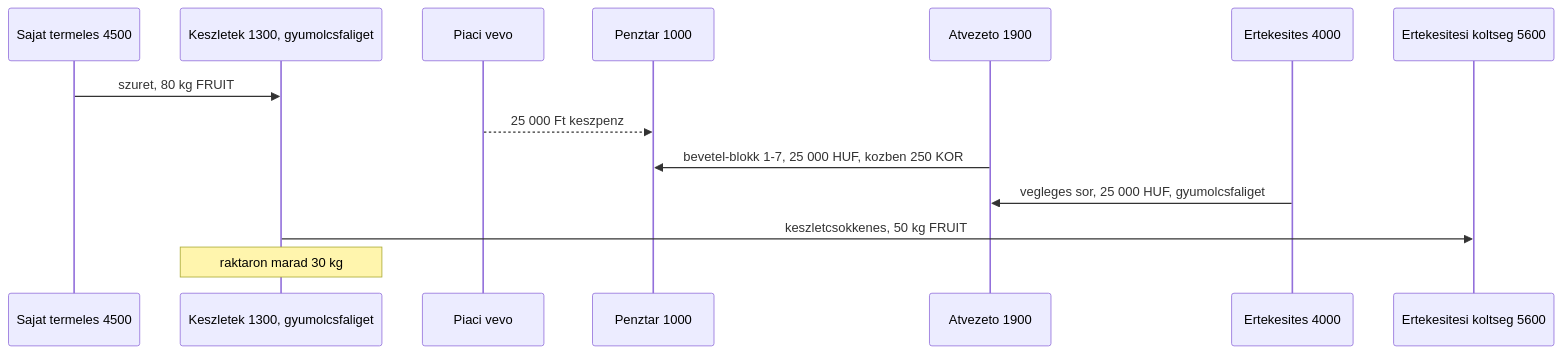
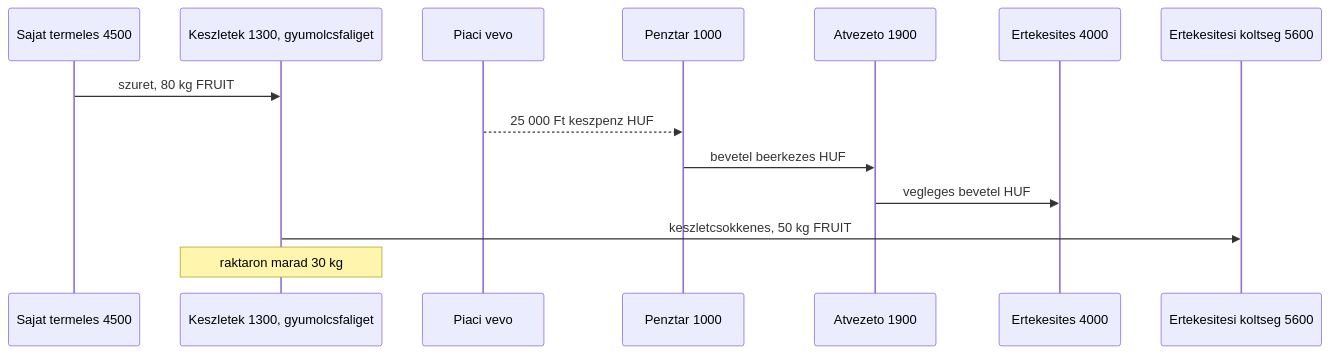
One commit to pitiboy/curr changed the eighth of 15 diagrams in docs/transaction-workflow.md. Above: the diagram before and after it, drawn with Mermaid. The commit also changed other lines of this file and 31 other files, not shown here.

````diff
--- a/docs/transaction-workflow.md
+++ b/docs/transaction-workflow.md
@@ -418,17 +439,17 @@
 ```mermaid
 sequenceDiagram
   participant Allomany as Sajat termeles 4500
   participant Keszlet as Keszletek 1300, gyumolcsfaliget
   participant Piac as Piaci vevo
   participant Penztar as Penztar 1000
   participant Atv as Atvezeto 1900
   participant Bevetel as Ertekesites 4000
   participant Ert as Ertekesitesi koltseg 5600
 
   Allomany->>Keszlet: szuret, 80 kg FRUIT
-  Piac-->>Penztar: 25 000 Ft keszpenz
-  Atv->>Penztar: bevetel-blokk 1-7, 25 000 HUF, kozben 250 KOR
-  Bevetel->>Atv: vegleges sor, 25 000 HUF, gyumolcsfaliget
+  Piac-->>Penztar: 25 000 Ft keszpenz HUF
+  Penztar->>Atv: bevetel beerkezes HUF
+  Atv->>Bevetel: vegleges bevetel HUF
   Keszlet->>Ert: keszletcsokkenes, 50 kg FRUIT
   Note over Keszlet: raktaron marad 30 kg
 ```
````
